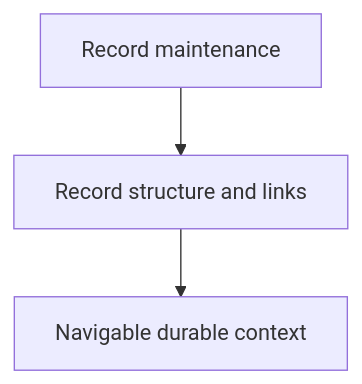
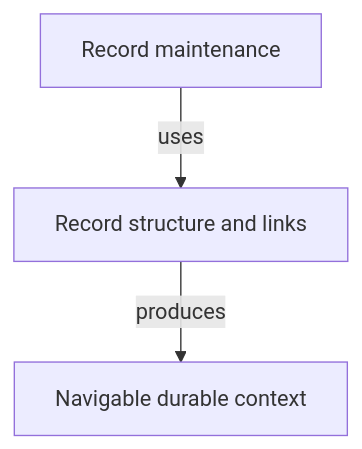
The diagram in skills/structuring-as-is-records/as-is.md (abstract-business-systems/as-is), drawn with Mermaid before and after one commit. The commit also changed other lines of this file and 6 other files, not shown here.

Commit message:
docs(as-is): implement diagram design rules

````diff
--- a/skills/structuring-as-is-records/as-is.md
+++ b/skills/structuring-as-is-records/as-is.md
@@ -15,5 +18,5 @@
 ```mermaid
 flowchart TD
-    A["Record maintenance"] --> B["Record structure and links"]
-    B --> C["Navigable durable context"]
+    A["Record maintenance"] -->|uses| B["Record structure and links"]
+    B -->|produces| C["Navigable durable context"]
 ```
````
